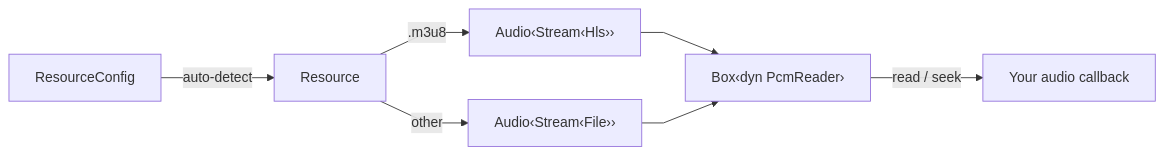
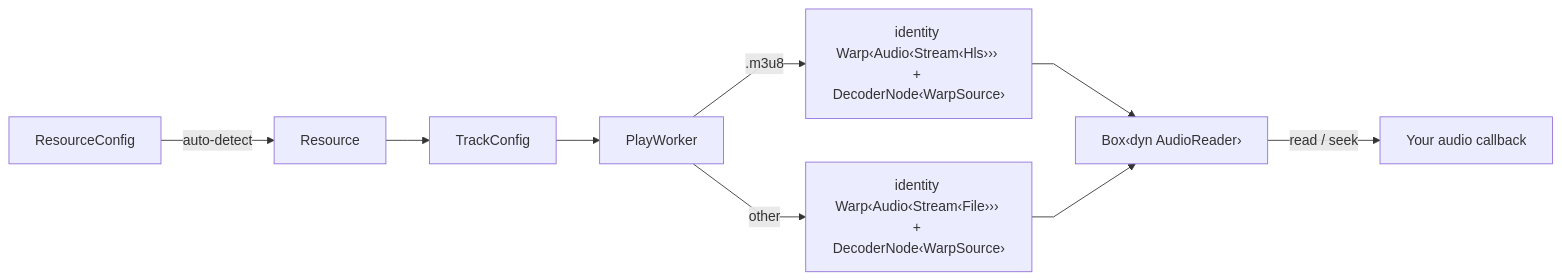
Before and after one commit to AlexanderShirokih/kithara: the diagram in crates/kithara/ARCHITECTURE.md, drawn with Mermaid. The commit also changed other lines of this file and 798 other files, not shown here.

````diff
--- a/crates/kithara/ARCHITECTURE.md
+++ b/crates/kithara/ARCHITECTURE.md
@@ -7,10 +7,12 @@
 ```mermaid
 %%{init: {"flowchart": {"curve": "linear"}} }%%
 flowchart LR
     RC[ResourceConfig] -->|auto-detect| R[Resource]
-    R -->|".m3u8"| AH["Audio‹Stream‹Hls››"]
-    R -->|other| AF["Audio‹Stream‹File››"]
-    AH --> PR["Box‹dyn PcmReader›"]
+    R --> TC[TrackConfig]
+    TC --> PW[PlayWorker]
+    PW -->|".m3u8"| AH["identity Warp‹Audio‹Stream‹Hls››› + DecoderNode‹WarpSource›"]
+    PW -->|other| AF["identity Warp‹Audio‹Stream‹File››› + DecoderNode‹WarpSource›"]
+    AH --> PR["Box‹dyn AudioReader›"]
     AF --> PR
     PR -->|"read / seek"| APP[Your audio callback]
 ```
````
